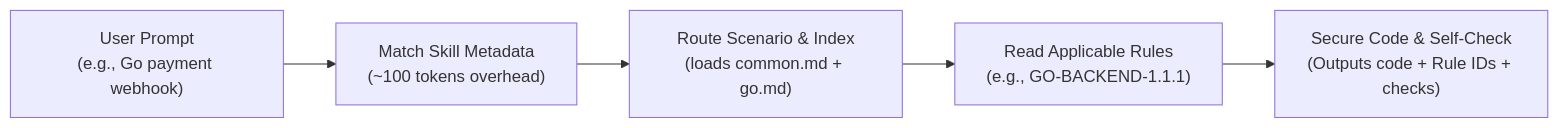
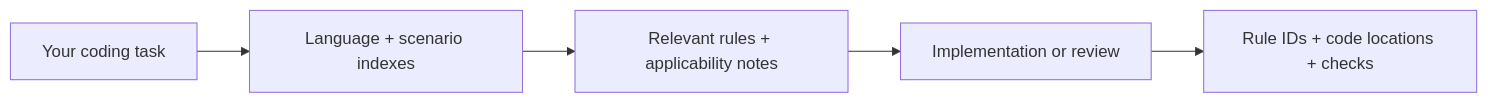
The diagram in README.md (yuhengqin/secure-coding-skill), drawn with Mermaid before and after one commit. The commit also changed other lines of this file and 5 other files, not shown here.

Commit message:
docs: streamline bilingual secure coding README

````diff
--- a/README.md
+++ b/README.md
@@ -150,7 +145,7 @@
 ```mermaid
 flowchart LR
-    A["User Prompt<br/>(e.g., Go payment webhook)"] --> B["Match Skill Metadata<br/>(~100 tokens overhead)"]
-    B --> C["Route Scenario & Index<br/>(loads common.md + go.md)"]
-    C --> D["Read Applicable Rules<br/>(e.g., GO-BACKEND-1.1.1)"]
-    D --> E["Secure Code & Self-Check<br/>(Outputs code + Rule IDs + checks)"]
+    A["Your coding task"] --> B["Language + scenario indexes"]
+    B --> C["Relevant rules + applicability notes"]
+    C --> D["Implementation or review"]
+    D --> E["Rule IDs + code locations + checks"]
 ```
````
